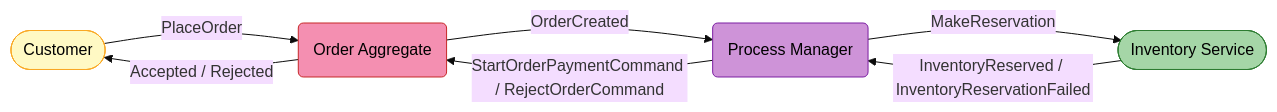
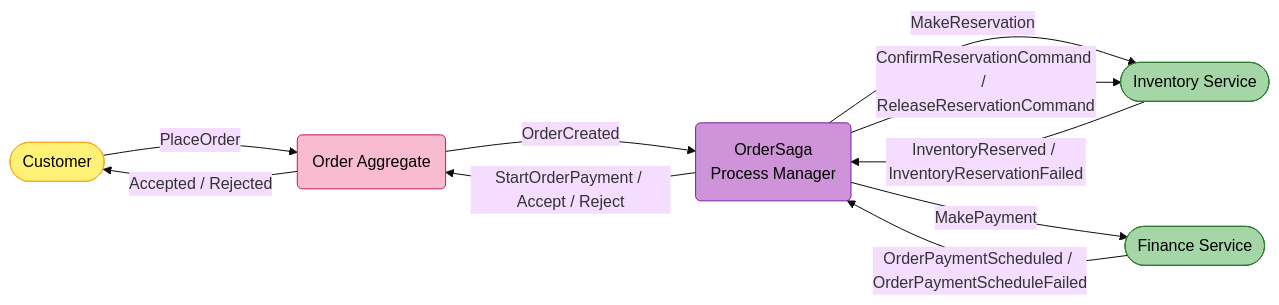
The first of 17 diagrams in Order/src/EShop.Order.API/README.md (mnnam1302/EShop), drawn with Mermaid (base theme) before and after one commit. The commit also changed other lines of this file and 105 other files, not shown here.

First line of the commit message:
[EShop-2606] Introduce Finance service + Place-Order saga payment step (#71)

````diff
--- a/Order/src/EShop.Order.API/README.md
+++ b/Order/src/EShop.Order.API/README.md
@@ -13,19 +11,23 @@
 ```mermaid
 graph LR
-    classDef actor   fill:#fff9c4,color:#000,stroke:#f9a825
-    classDef agg     fill:#f48fb1,color:#000,stroke:#c62828
-    classDef pm      fill:#ce93d8,color:#000,stroke:#7b1fa2
-    classDef inv     fill:#a5d6a7,color:#000,stroke:#2e7d32
+    classDef actor   fill:#fff176,stroke:#f9a825,color:#000
+    classDef agg     fill:#f8bbd0,stroke:#c2185b,color:#000
+    classDef pm      fill:#ce93d8,stroke:#7b1fa2,color:#000
+    classDef svc     fill:#a5d6a7,stroke:#2e7d32,color:#000
 
     C([Customer]):::actor
     OA(Order Aggregate):::agg
-    PM(Process Manager):::pm
-    INV([Inventory Service]):::inv
+    PM(OrderSaga<br/>Process Manager):::pm
+    INV([Inventory Service]):::svc
+    FIN([Finance Service]):::svc
 
     C -->|"PlaceOrder"| OA
     OA -->|"OrderCreated"| PM
     PM -->|"MakeReservation"| INV
     INV -->|"InventoryReserved / InventoryReservationFailed"| PM
-    PM -->|"StartOrderPaymentCommand / RejectOrderCommand"| OA
+    PM -->|"MakePayment"| FIN
+    FIN -->|"OrderPaymentScheduled / OrderPaymentScheduleFailed"| PM
+    PM -->|"ConfirmReservationCommand / ReleaseReservationCommand"| INV
+    PM -->|"StartOrderPayment / Accept / Reject"| OA
     OA -->|"Accepted / Rejected"| C
 ```
````
